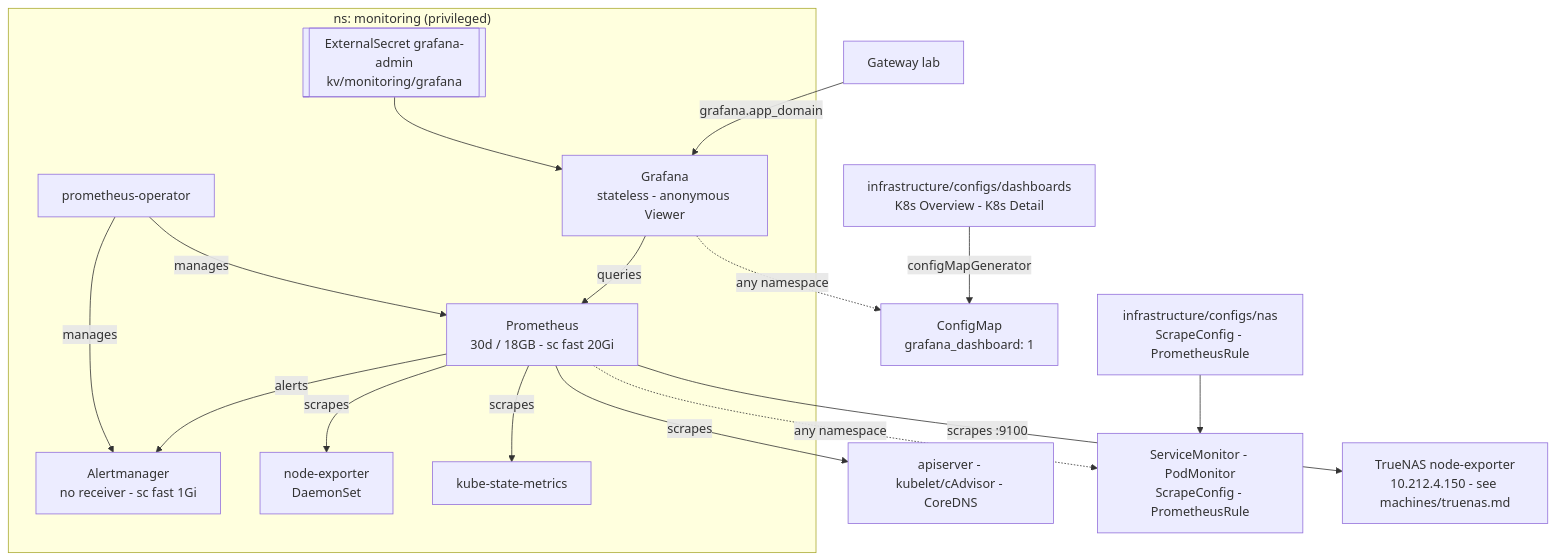
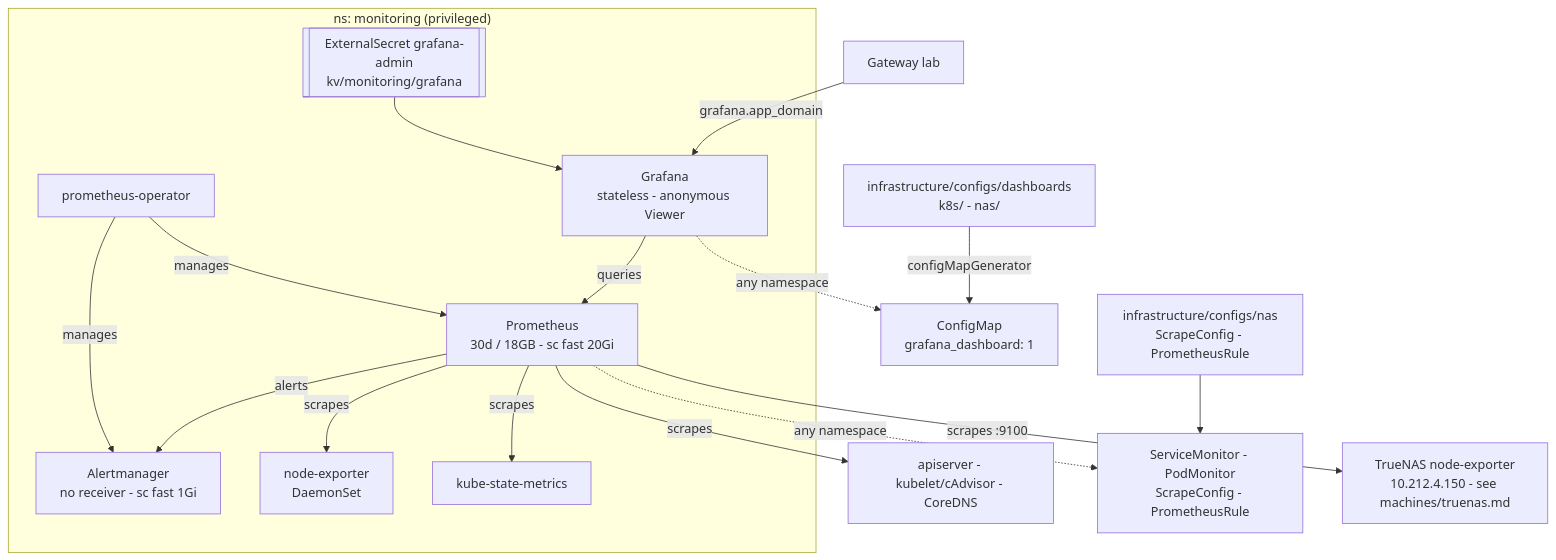
One commit to Sojamann/homelab-apps changed the diagram in docs/monitoring.md. Above: the diagram before and after it, drawn with Mermaid. The commit also changed other lines of this file and 6 other files, not shown here.

Commit message:
flux: nas dashboard, dashboards split per grafana folder

````diff
--- a/docs/monitoring.md
+++ b/docs/monitoring.md
@@ -10,26 +10,26 @@
 ```mermaid
 graph TD
   subgraph mon["ns: monitoring (privileged)"]
     OP["prometheus-operator"]
     PROM["Prometheus<br/>30d / 18GB - sc fast 20Gi"]
     AM["Alertmanager<br/>no receiver - sc fast 1Gi"]
     GR["Grafana<br/>stateless - anonymous Viewer"]
     NE["node-exporter<br/>DaemonSet"]
     KSM["kube-state-metrics"]
     SEC[["ExternalSecret grafana-admin<br/>kv/monitoring/grafana"]]
     OP -->|manages| PROM & AM
     SEC --> GR
     GR -->|queries| PROM
     PROM -->|alerts| AM
   end
 
   PROM -->|scrapes| NE & KSM
   PROM -->|scrapes| K["apiserver - kubelet/cAdvisor - CoreDNS"]
   PROM -.->|any namespace| MON["ServiceMonitor - PodMonitor<br/>ScrapeConfig - PrometheusRule"]
   GR -.->|any namespace| DASH["ConfigMap<br/>grafana_dashboard: 1"]
-  CFG["infrastructure/configs/dashboards<br/>K8s Overview - K8s Detail"] -->|configMapGenerator| DASH
+  CFG["infrastructure/configs/dashboards<br/>k8s/ - nas/"] -->|configMapGenerator| DASH
   NAS["infrastructure/configs/nas<br/>ScrapeConfig - PrometheusRule"] --> MON
   PROM -->|scrapes :9100| TN["TrueNAS node-exporter<br/>10.212.4.150 - see machines/truenas.md"]
 
   GW["Gateway lab"] -->|grafana.app_domain| GR
 ```
````
